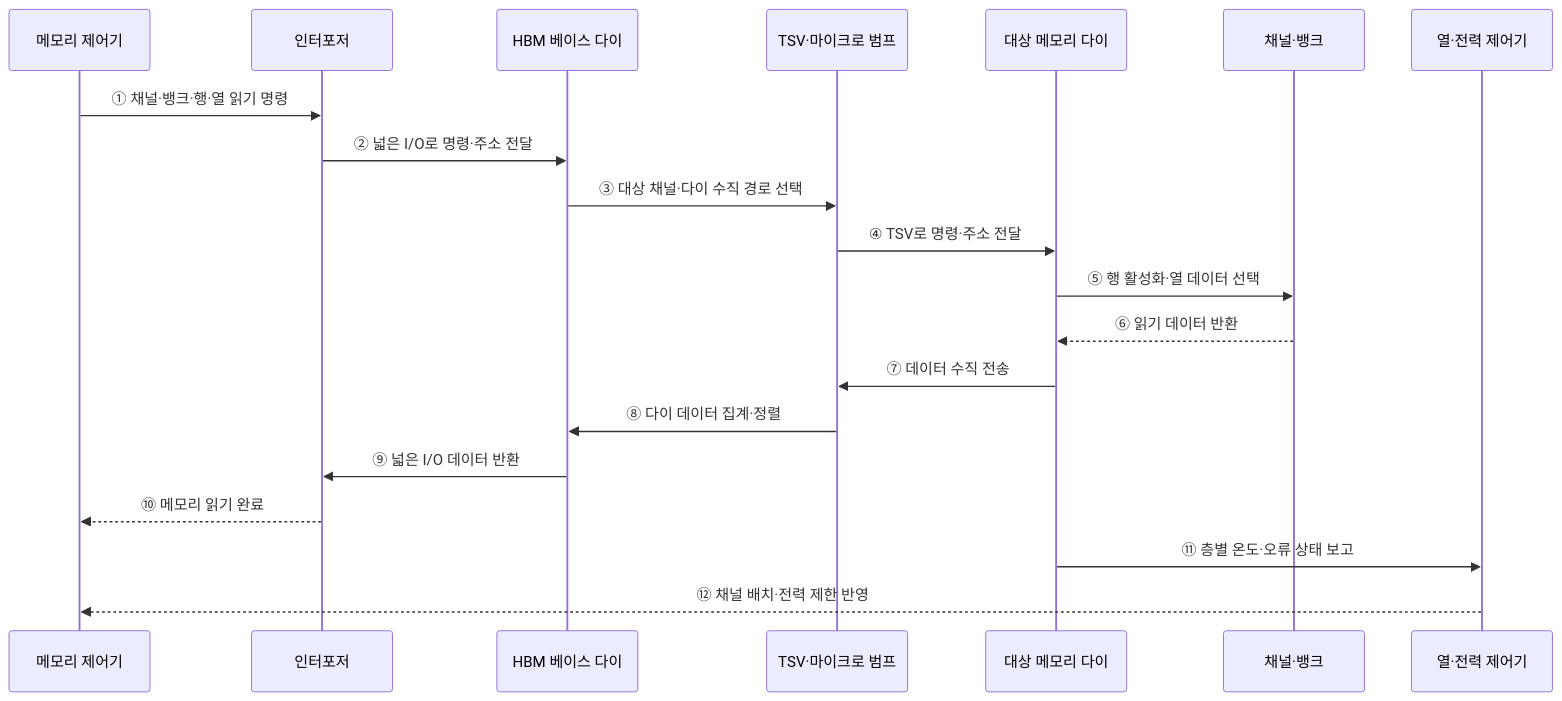
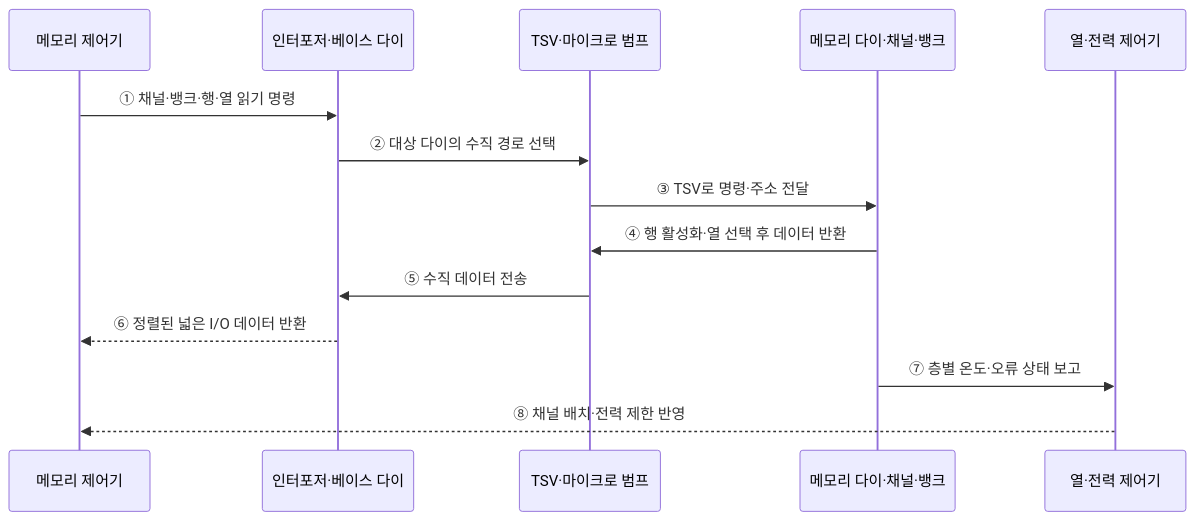
The second of 2 diagrams in src/content/docs/notes/02-hardware/090_3d_stacked_memory.md (agnusdei1207/knowledge-base), drawn with Mermaid before and after one commit. The commit also changed other lines of this file and 14 other files, not shown here.

````diff
--- a/src/content/docs/notes/02-hardware/090_3d_stacked_memory.md
+++ b/src/content/docs/notes/02-hardware/090_3d_stacked_memory.md
@@ -97,23 +89,17 @@
 ```mermaid
 sequenceDiagram
     participant C as 메모리 제어기
-    participant I as 인터포저
-    participant B as HBM 베이스 다이
+    participant I as 인터포저·베이스 다이
     participant V as TSV·마이크로 범프
-    participant D as 대상 메모리 다이
-    participant K as 채널·뱅크
+    participant D as 메모리 다이·채널·뱅크
     participant T as 열·전력 제어기
 
     C->>I: ① 채널·뱅크·행·열 읽기 명령
-    I->>B: ② 넓은 I/O로 명령·주소 전달
-    B->>V: ③ 대상 채널·다이 수직 경로 선택
-    V->>D: ④ TSV로 명령·주소 전달
-    D->>K: ⑤ 행 활성화·열 데이터 선택
-    K-->>D: ⑥ 읽기 데이터 반환
-    D->>V: ⑦ 데이터 수직 전송
-    V->>B: ⑧ 다이 데이터 집계·정렬
-    B->>I: ⑨ 넓은 I/O 데이터 반환
-    I-->>C: ⑩ 메모리 읽기 완료
-    D->>T: ⑪ 층별 온도·오류 상태 보고
-    T-->>C: ⑫ 채널 배치·전력 제한 반영
+    I->>V: ② 대상 다이의 수직 경로 선택
+    V->>D: ③ TSV로 명령·주소 전달
+    D->>V: ④ 행 활성화·열 선택 후 데이터 반환
+    V->>I: ⑤ 수직 데이터 전송
+    I-->>C: ⑥ 정렬된 넓은 I/O 데이터 반환
+    D->>T: ⑦ 층별 온도·오류 상태 보고
+    T-->>C: ⑧ 채널 배치·전력 제한 반영
 ```
````
